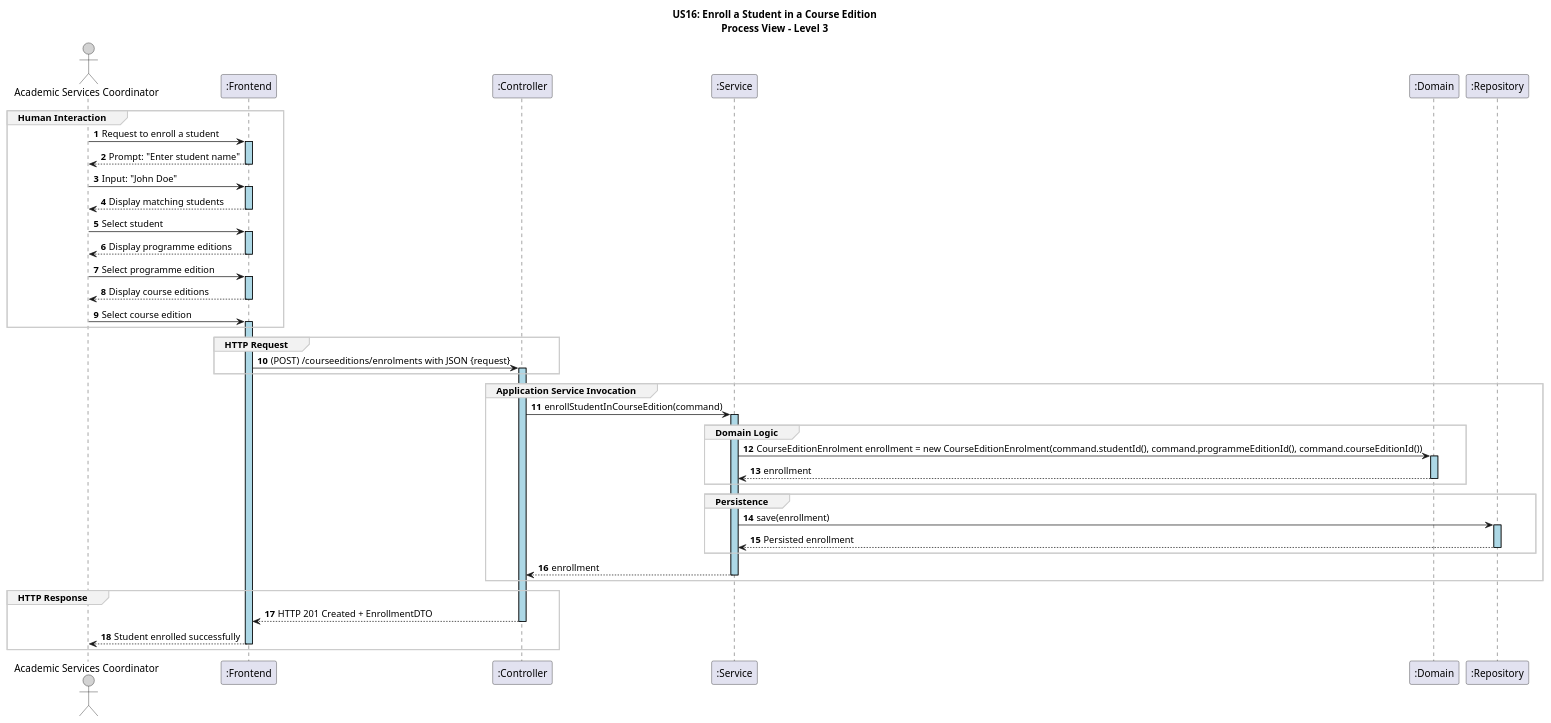
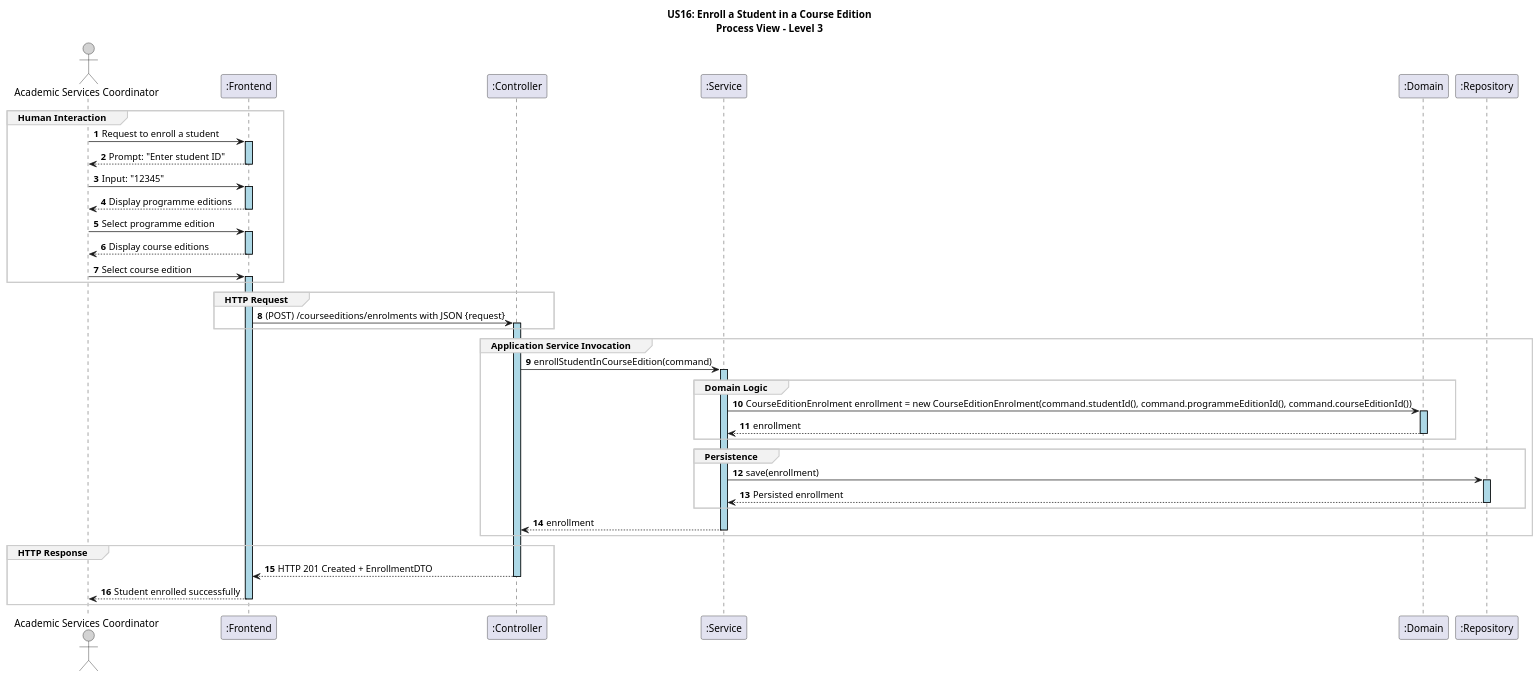
Before and after one commit to GasparISEP/DevOps-PAI: the diagram in docs/US16/sprint6_RestController/process_view/Level3.puml, drawn with PlantUML. The commit also changed 3 other files, not shown here.

Commit message:
docs: Updated UML diagrams in process view to replace student name prompts with student ID prompts for enrollment. This change enhances clarity in the enrollment process. refs #589 #500

```diff
--- a/docs/US16/sprint6_RestController/process_view/Level3.puml
+++ b/docs/US16/sprint6_RestController/process_view/Level3.puml
@@ -1,59 +1,57 @@
 @startuml
 autonumber
 
 skinparam sequence {
     LifelineBorderColor black
     LifelineBackgroundColor LightBlue
     ActorBorderColor black
     ActorBackgroundColor LightGray
     GroupBorderColor #cccccc
     GroupBackgroundColor #f2f2f2
 }
 
 title US16: Enroll a Student in a Course Edition\nProcess View – Level 3
 
 actor ASC as "Academic Services Coordinator"
 participant ":Frontend" as FE
 participant ":Controller" as CT
 participant ":Service" as SE
 participant ":Domain" as DM
 participant ":Repository" as RE
 
 group Human Interaction
 ASC -> FE ++: Request to enroll a student
-FE --> ASC --: Prompt: "Enter student name"
-ASC -> FE ++: Input: "John Doe"
-FE --> ASC --: Display matching students
-ASC -> FE ++: Select student
+FE --> ASC --: Prompt: "Enter student ID"
+ASC -> FE ++: Input: "12345"
 FE --> ASC --: Display programme editions
 ASC -> FE ++: Select programme edition
 FE --> ASC --: Display course editions
 ASC -> FE ++: Select course edition
 end group
 
 group HTTP Request
 FE -> CT ++: (POST) /courseeditions/enrolments with JSON {request}
 end group
 
 group Application Service Invocation
 CT -> SE ++: enrollStudentInCourseEdition(command)
 
 group Domain Logic
 SE -> DM ++: CourseEditionEnrolment enrollment = new CourseEditionEnrolment(command.studentId(), command.programmeEditionId(), command.courseEditionId())
 DM --> SE --: enrollment
 end group
 
 group Persistence
 SE -> RE ++: save(enrollment)
 RE --> SE --: Persisted enrollment
 end group
 
 SE --> CT --: enrollment
 end group
 
 group HTTP Response
 CT --> FE --: HTTP 201 Created + EnrollmentDTO
 FE --> ASC --: Student enrolled successfully
 end group
 
-@enduml 
+@enduml
```
